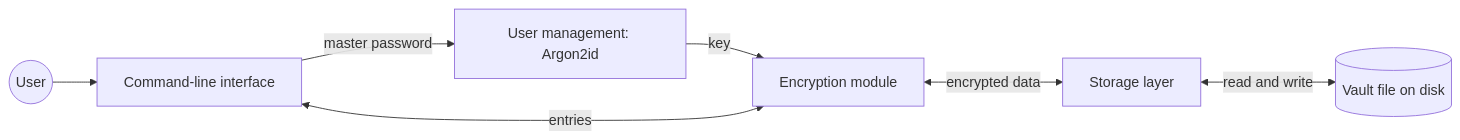
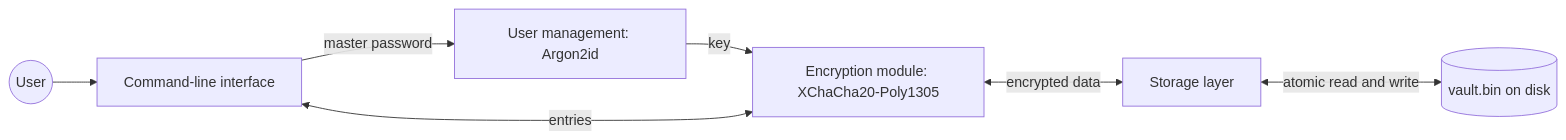
One commit to Aveira-jdk/secureProgramming changed the diagram in README.md. Above: the diagram before and after it, drawn with Mermaid. The commit also changed other lines of this file and 3 other files, not shown here.

````diff
--- a/README.md
+++ b/README.md
@@ -30,9 +27,9 @@
 ```mermaid
 flowchart LR
     User((User)) --> CLI[Command-line interface]
     CLI -->|master password| Key[User management: Argon2id]
-    Key -->|key| Crypto[Encryption module]
+    Key -->|key| Crypto[Encryption module: XChaCha20-Poly1305]
     CLI <-->|entries| Crypto
     Crypto <-->|encrypted data| Storage[Storage layer]
-    Storage <-->|read and write| Vault[(Vault file on disk)]
+    Storage <-->|atomic read and write| Vault[(vault.bin on disk)]
 ```
````
